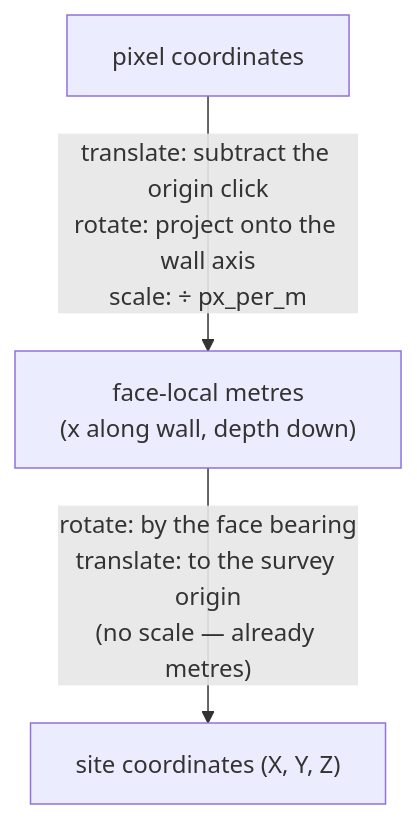
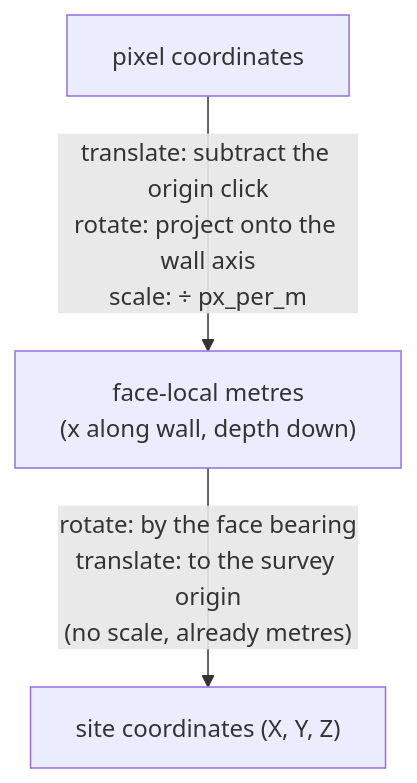
One commit to jennarbates/StratigraphyGenerator changed the diagram in docs/cs/translation-rotation-scaling.md. Above: the diagram before and after it, drawn with Mermaid. The commit also changed other lines of this file and 309 other files, not shown here.

````diff
--- a/docs/cs/translation-rotation-scaling.md
+++ b/docs/cs/translation-rotation-scaling.md
@@ -47,5 +47,5 @@
 ```mermaid
 flowchart TB
   Px["pixel coordinates"] -->|"translate: subtract the origin click<br/>rotate: project onto the wall axis<br/>scale: ÷ px_per_m"| Local["face-local metres<br/>(x along wall, depth down)"]
-  Local -->|"rotate: by the face bearing<br/>translate: to the survey origin<br/>(no scale — already metres)"| Site["site coordinates (X, Y, Z)"]
+  Local -->|"rotate: by the face bearing<br/>translate: to the survey origin<br/>(no scale, already metres)"| Site["site coordinates (X, Y, Z)"]
 ```
````
